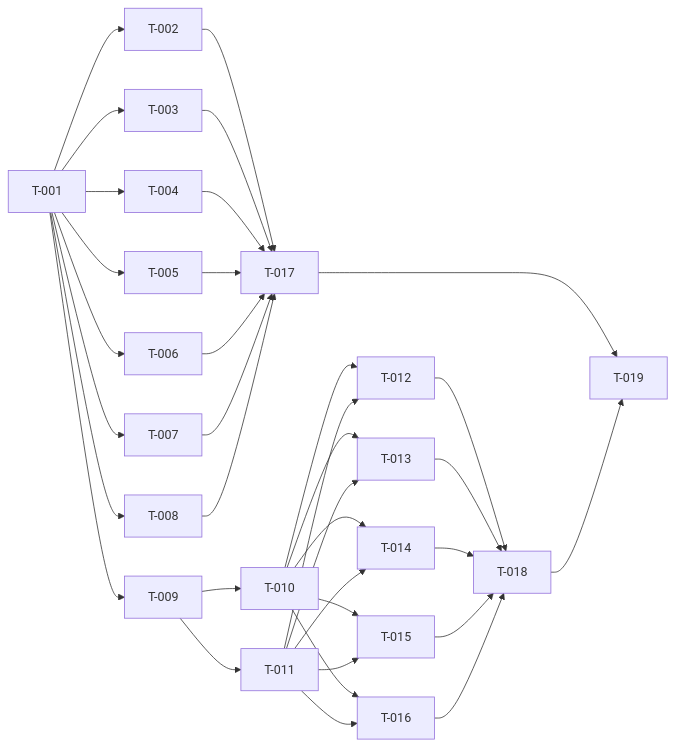
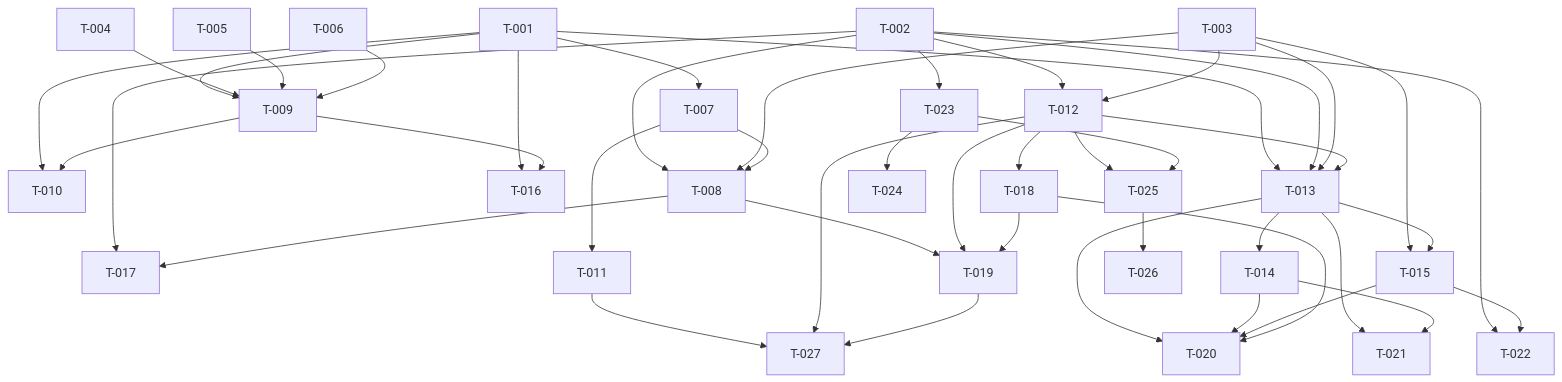
Before and after one commit to DevZonayed/nexalance-skill-juliusbrussee-cavekit: the diagram in context/plans/build-site.md, drawn with Mermaid. The commit also changed other lines of this file and 28 other files, not shown here.

````diff
--- a/context/plans/build-site.md
+++ b/context/plans/build-site.md
@@ -120,42 +66,47 @@
 ```mermaid
-graph LR
-    T-001 --> T-002
-    T-001 --> T-003
-    T-001 --> T-004
-    T-001 --> T-005
-    T-001 --> T-006
-    T-001 --> T-007
-    T-001 --> T-008
-    T-001 --> T-009
-
-    T-009 --> T-010
-    T-009 --> T-011
-
-    T-010 --> T-012
-    T-010 --> T-013
-    T-010 --> T-014
-    T-010 --> T-015
-    T-010 --> T-016
-    T-011 --> T-012
-    T-011 --> T-013
-    T-011 --> T-014
-    T-011 --> T-015
-    T-011 --> T-016
-
-    T-002 --> T-017
-    T-003 --> T-017
-    T-004 --> T-017
-    T-005 --> T-017
-    T-006 --> T-017
-    T-007 --> T-017
-    T-008 --> T-017
-
-    T-012 --> T-018
-    T-013 --> T-018
-    T-014 --> T-018
-    T-015 --> T-018
-    T-016 --> T-018
-
-    T-017 --> T-019
-    T-018 --> T-019
+graph TD
+  T-001 --> T-007
+  T-001 --> T-009
+  T-001 --> T-010
+  T-001 --> T-013
+  T-001 --> T-016
+  T-002 --> T-008
+  T-002 --> T-012
+  T-002 --> T-013
+  T-002 --> T-017
+  T-002 --> T-022
+  T-002 --> T-023
+  T-003 --> T-008
+  T-003 --> T-012
+  T-003 --> T-013
+  T-003 --> T-015
+  T-004 --> T-009
+  T-005 --> T-009
+  T-006 --> T-009
+  T-007 --> T-008
+  T-007 --> T-011
+  T-008 --> T-017
+  T-008 --> T-019
+  T-009 --> T-010
+  T-009 --> T-016
+  T-011 --> T-027
+  T-012 --> T-013
+  T-012 --> T-018
+  T-012 --> T-019
+  T-012 --> T-025
+  T-012 --> T-027
+  T-013 --> T-014
+  T-013 --> T-015
+  T-013 --> T-020
+  T-013 --> T-021
+  T-014 --> T-020
+  T-014 --> T-021
+  T-015 --> T-020
+  T-015 --> T-022
+  T-018 --> T-019
+  T-018 --> T-020
+  T-019 --> T-027
+  T-023 --> T-024
+  T-023 --> T-025
+  T-025 --> T-026
 ```
````
